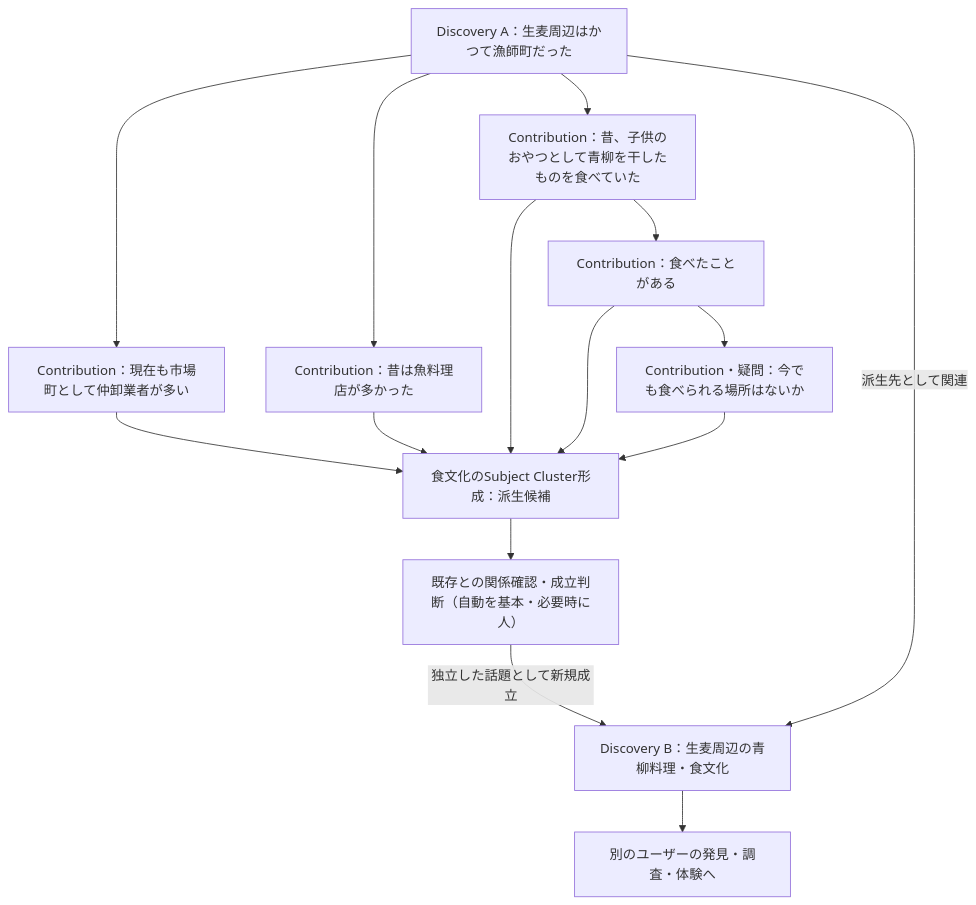
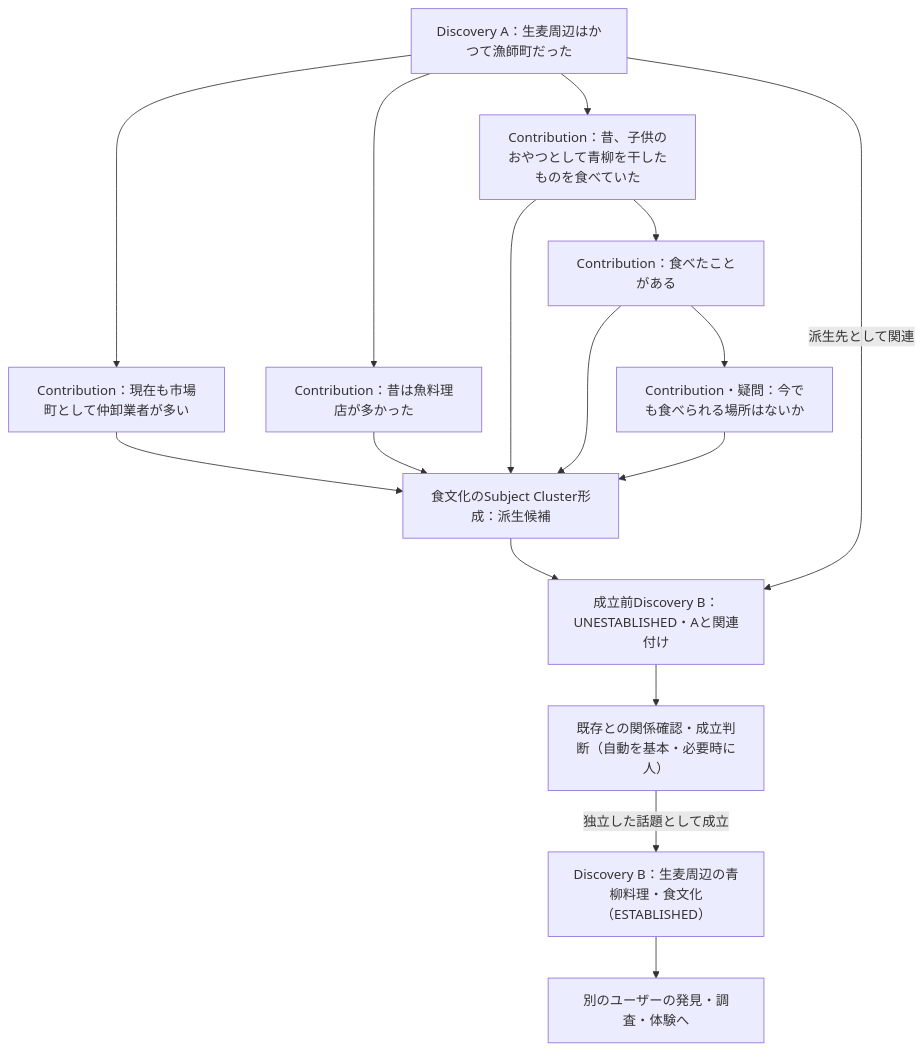
One commit to ex-day/platform changed the fourth of 6 diagrams in docs/ex-day_domain_model.md. Above: the diagram before and after it, drawn with Mermaid. The commit also changed other lines of this file and 6 other files, not shown here.

````diff
--- a/docs/ex-day_domain_model.md
+++ b/docs/ex-day_domain_model.md
@@ -468,27 +487,29 @@
 ```mermaid
 flowchart TD
     A["Discovery A：生麦周辺はかつて漁師町だった"]
     C1["Contribution：現在も市場町として仲卸業者が多い"]
     C2["Contribution：昔は魚料理店が多かった"]
     C3["Contribution：昔、子供のおやつとして青柳を干したものを食べていた"]
     C4["Contribution：食べたことがある"]
     C5["Contribution・疑問：今でも食べられる場所はないか"]
     F["食文化のSubject Cluster形成：派生候補"]
+    BU["成立前Discovery B：UNESTABLISHED・Aと関連付け"]
     J["既存との関係確認・成立判断（自動を基本・必要時に人）"]
-    B["Discovery B：生麦周辺の青柳料理・食文化"]
+    B["Discovery B：生麦周辺の青柳料理・食文化（ESTABLISHED）"]
     E["別のユーザーの発見・調査・体験へ"]
     A --> C1
     A --> C2
     A --> C3
     C3 --> C4
     C4 --> C5
     C1 --> F
     C2 --> F
     C3 --> F
     C4 --> F
     C5 --> F
-    F --> J
-    J -->|独立した話題として新規成立| B
-    A -->|派生先として関連| B
+    F --> BU
+    A -->|派生先として関連| BU
+    BU --> J
+    J -->|独立した話題として成立| B
     B --> E
 ```
````
